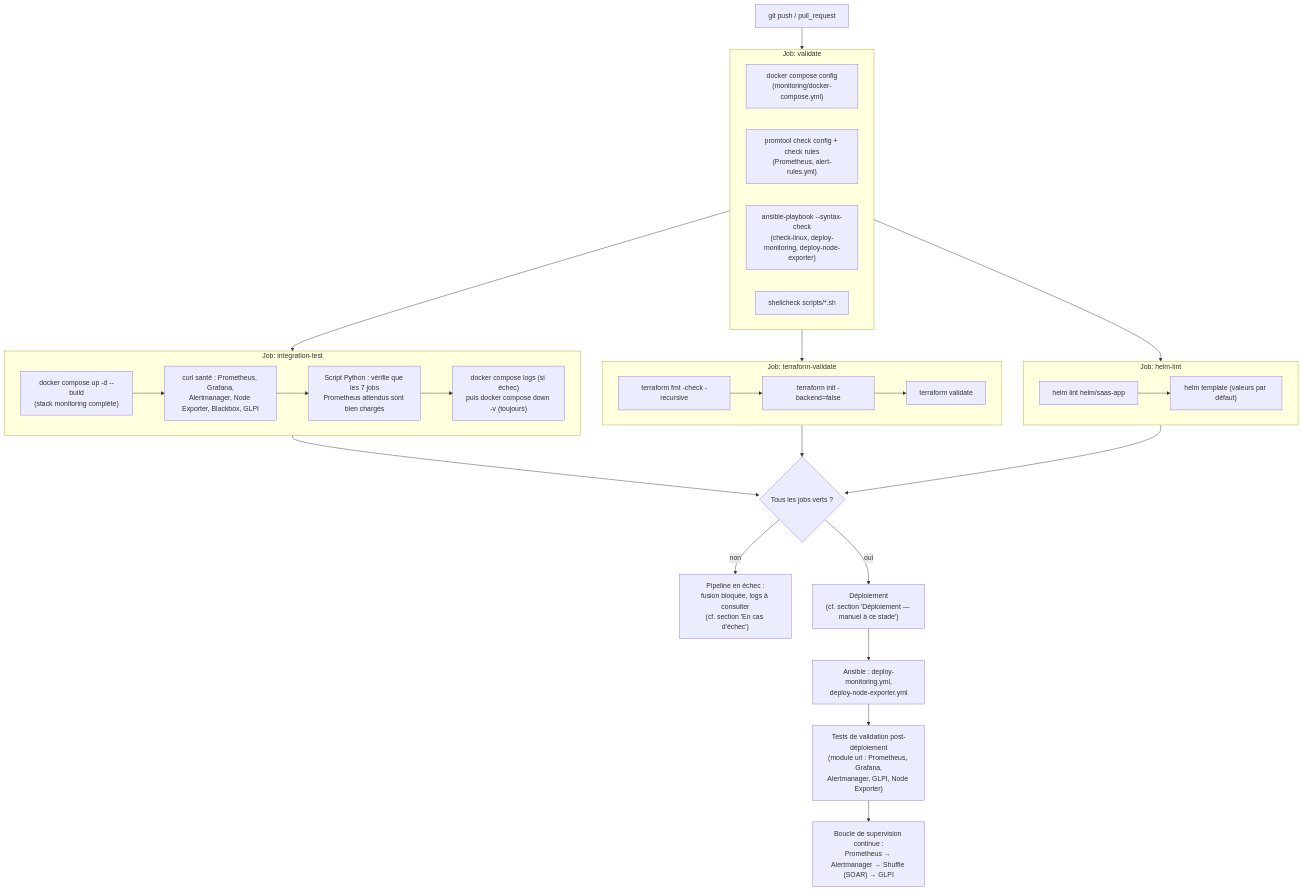
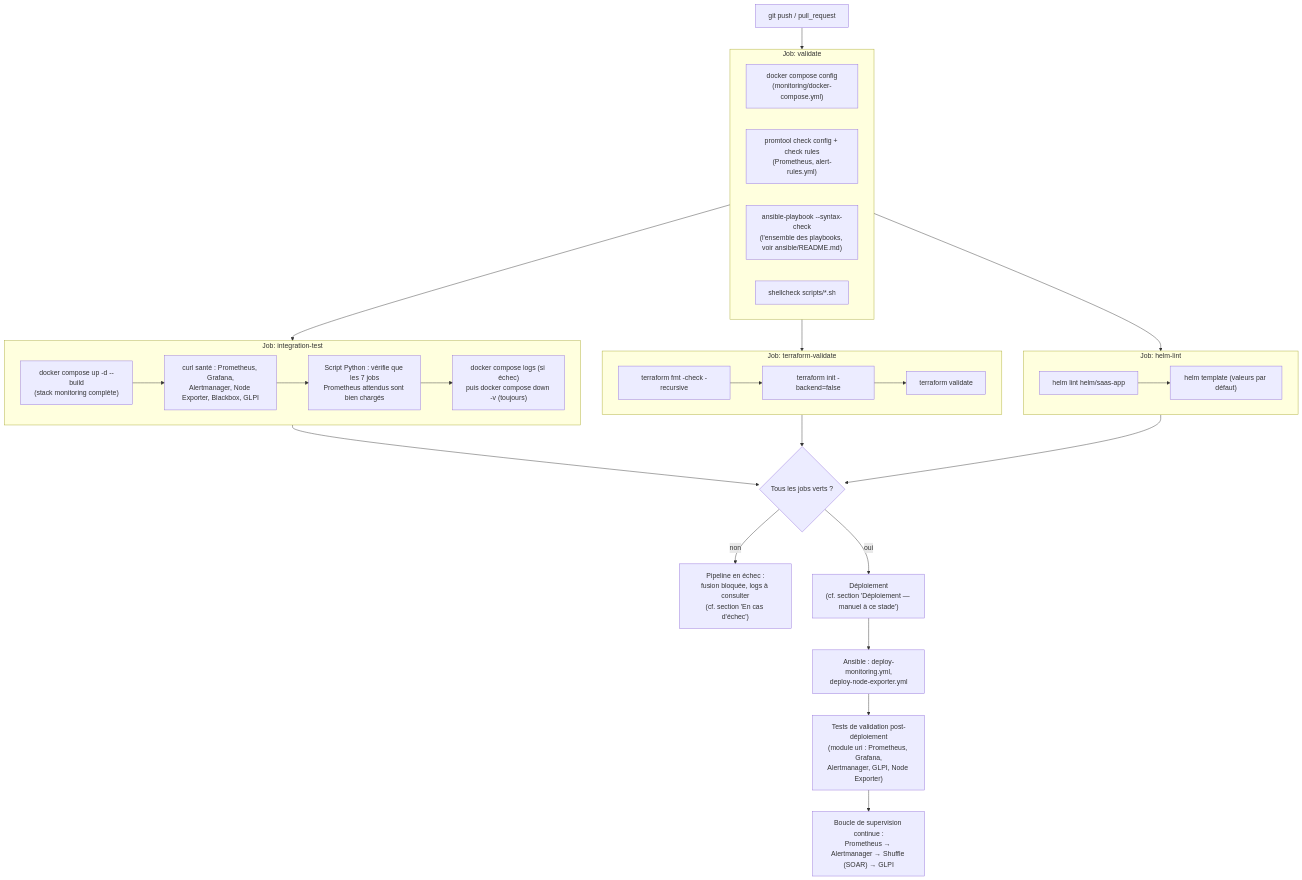
One commit to AjinthAT/Cyna-DevOps changed the diagram in docs/architecture-cicd.md. Above: the diagram before and after it, drawn with Mermaid. The commit also changed 13 other files, not shown here.

````diff
--- a/docs/architecture-cicd.md
+++ b/docs/architecture-cicd.md
@@ -20,49 +20,49 @@
 ```mermaid
 flowchart TD
     A["git push / pull_request"] --> B["Job: validate"]
 
     subgraph B["Job: validate"]
         B1["docker compose config<br/>(monitoring/docker-compose.yml)"]
         B2["promtool check config + check rules<br/>(Prometheus, alert-rules.yml)"]
-        B3["ansible-playbook --syntax-check<br/>(check-linux, deploy-monitoring, deploy-node-exporter)"]
+        B3["ansible-playbook --syntax-check<br/>(l'ensemble des playbooks, voir ansible/README.md)"]
         B4["shellcheck scripts/*.sh"]
     end
 
     B --> C["Job: integration-test<br/>(needs: validate)"]
 
     subgraph C["Job: integration-test"]
         C1["docker compose up -d --build<br/>(stack monitoring complète)"]
         C2["curl santé : Prometheus, Grafana,<br/>Alertmanager, Node Exporter, Blackbox, GLPI"]
         C3["Script Python : vérifie que les 7 jobs<br/>Prometheus attendus sont bien chargés"]
         C4["docker compose logs (si échec)<br/>puis docker compose down -v (toujours)"]
         C1 --> C2 --> C3 --> C4
     end
 
     B --> D["Job: terraform-validate"]
 
     subgraph D["Job: terraform-validate"]
         D1["terraform fmt -check -recursive"]
         D2["terraform init -backend=false"]
         D3["terraform validate"]
         D1 --> D2 --> D3
     end
 
     B --> E["Job: helm-lint"]
 
     subgraph E["Job: helm-lint"]
         E1["helm lint helm/saas-app"]
         E2["helm template (valeurs par défaut)"]
         E1 --> E2
     end
 
     C --> F{"Tous les jobs verts ?"}
     D --> F
     E --> F
 
     F -- non --> G["Pipeline en échec :<br/>fusion bloquée, logs à consulter<br/>(cf. section 'En cas d'échec')"]
     F -- oui --> H["Déploiement<br/>(cf. section 'Déploiement — manuel à ce stade')"]
 
     H --> I["Ansible : deploy-monitoring.yml,<br/>deploy-node-exporter.yml"]
     I --> J["Tests de validation post-déploiement<br/>(module uri : Prometheus, Grafana,<br/>Alertmanager, GLPI, Node Exporter)"]
     J --> K["Boucle de supervision continue :<br/>Prometheus → Alertmanager → Shuffle (SOAR) → GLPI"]
 ```
````
